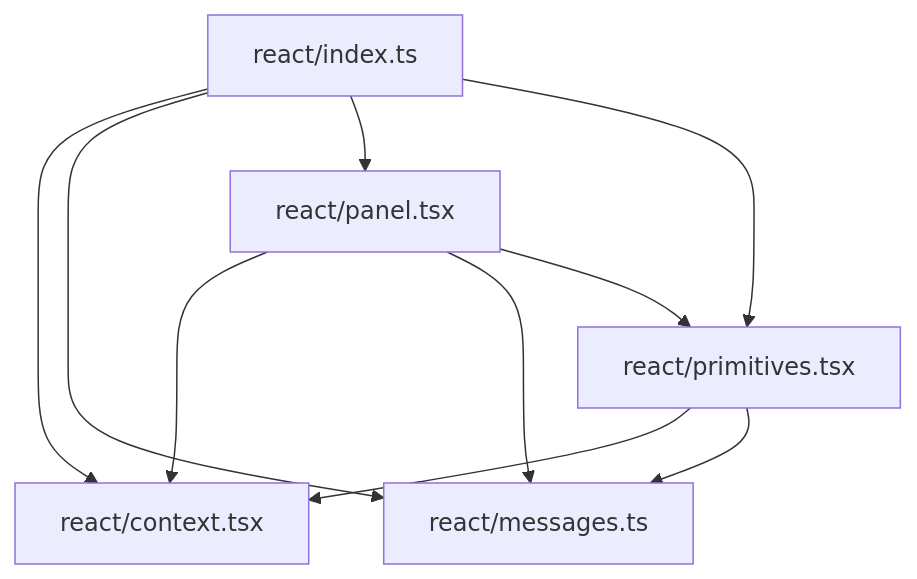
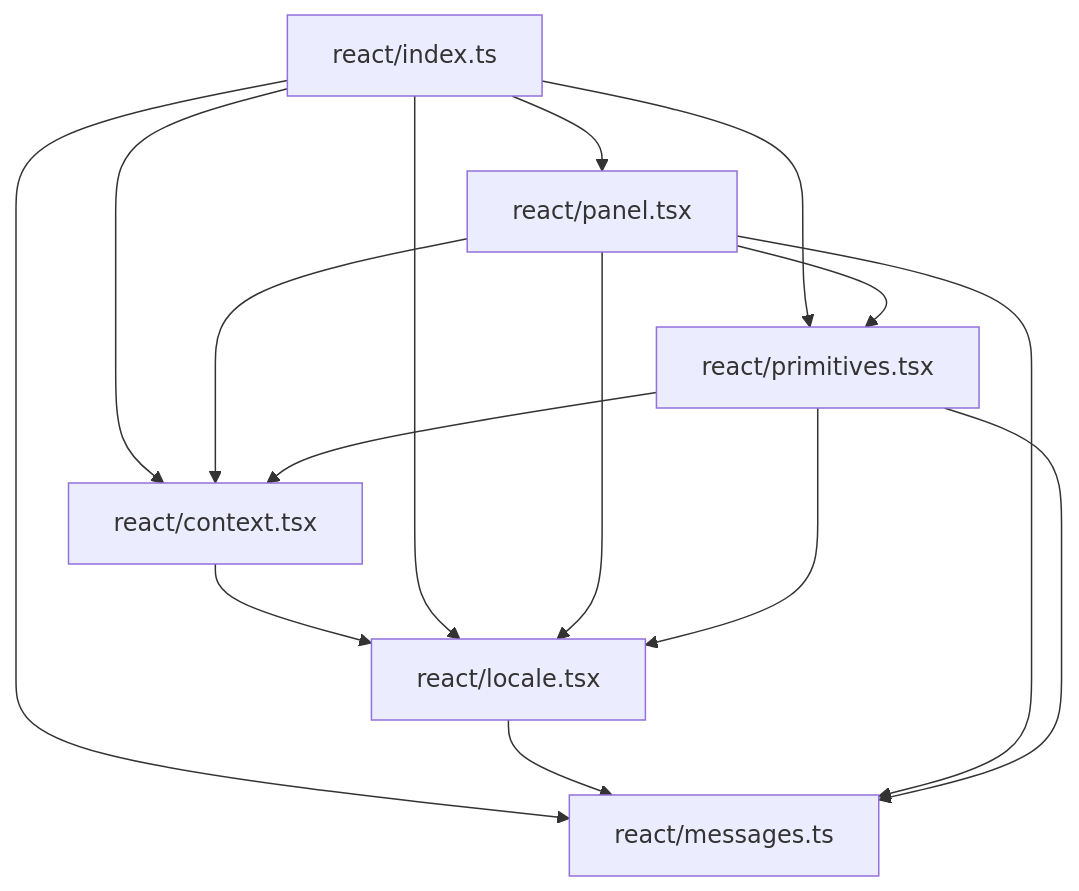
One commit to ntustRay/web-authentication-component changed the second of 4 diagrams in docs/CODE_GRAPH.md. Above: the diagram before and after it, drawn with Mermaid. The commit also changed other lines of this file and 28 other files, not shown here.

````diff
--- a/docs/CODE_GRAPH.md
+++ b/docs/CODE_GRAPH.md
@@ -45,17 +45,23 @@
 ```mermaid
 flowchart TD
   n11["react/context.tsx"]
   n12["react/index.ts"]
-  n13["react/messages.ts"]
-  n14["react/panel.tsx"]
-  n15["react/primitives.tsx"]
+  n13["react/locale.tsx"]
+  n14["react/messages.ts"]
+  n15["react/panel.tsx"]
+  n16["react/primitives.tsx"]
+  n11 --> n13
   n12 --> n11
   n12 --> n13
   n12 --> n14
   n12 --> n15
-  n14 --> n11
-  n14 --> n13
-  n14 --> n15
+  n12 --> n16
+  n13 --> n14
   n15 --> n11
   n15 --> n13
+  n15 --> n14
+  n15 --> n16
+  n16 --> n11
+  n16 --> n13
+  n16 --> n14
 ```
````
